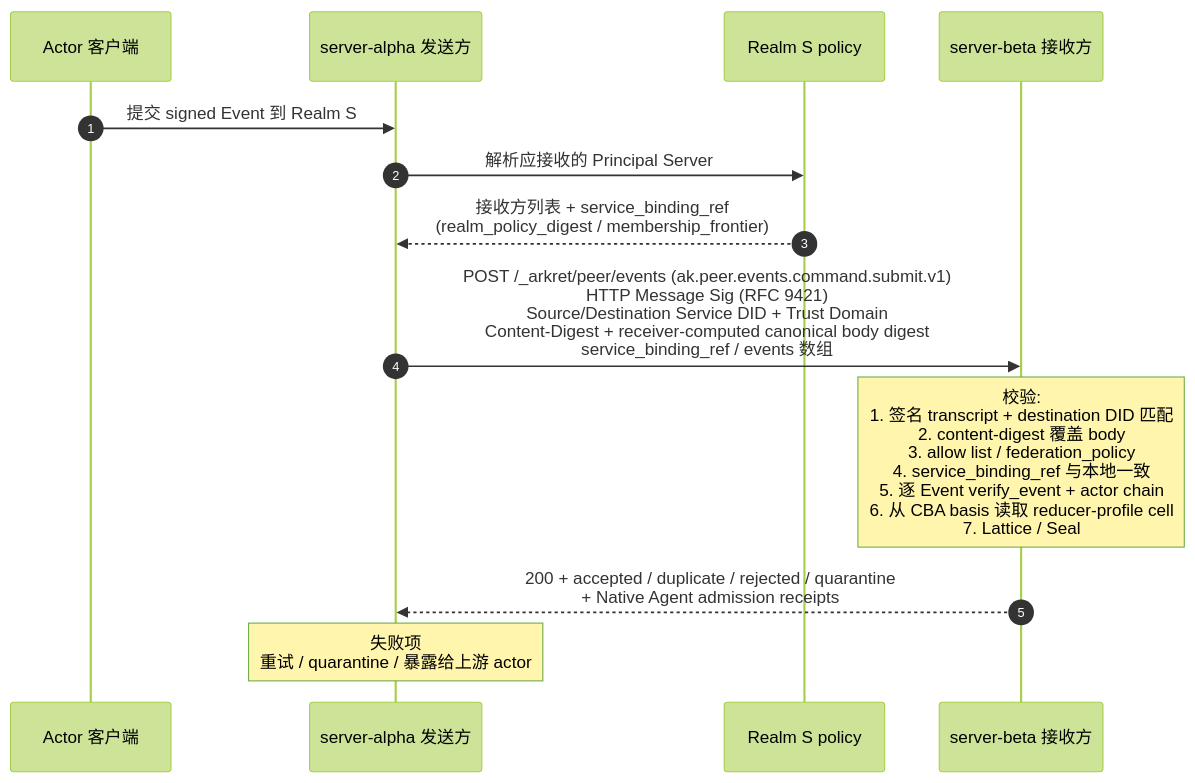
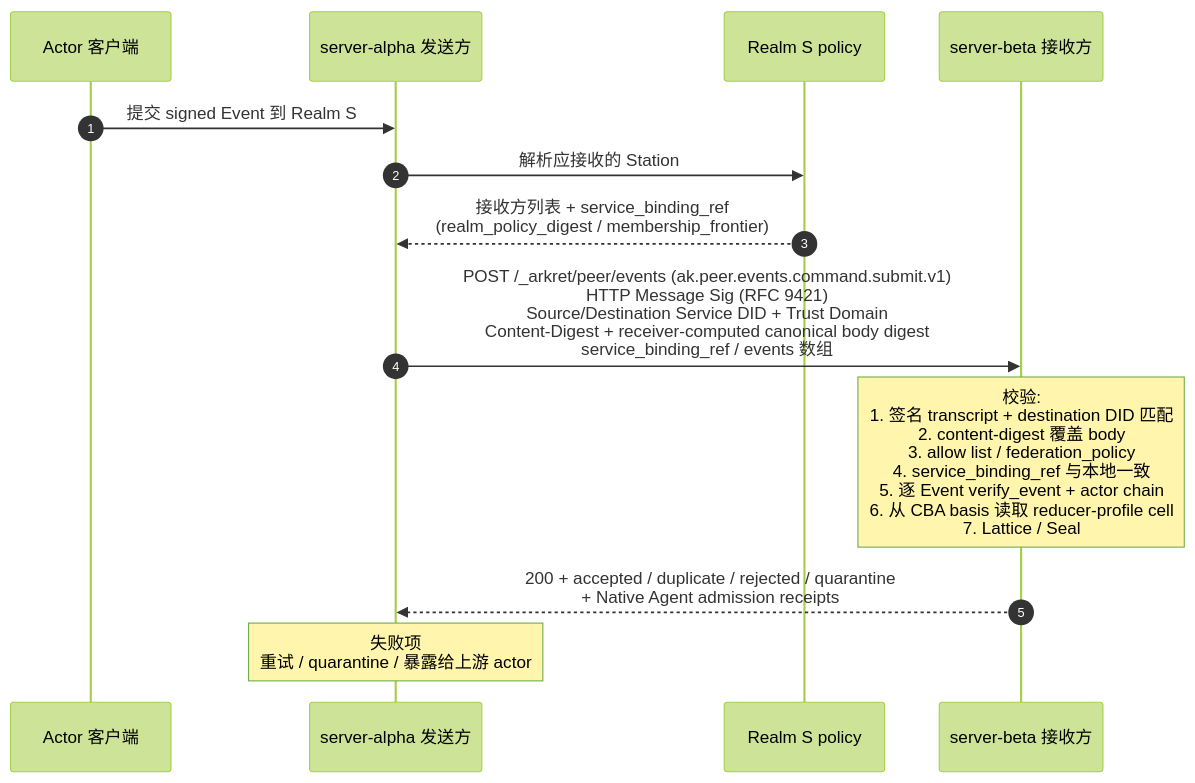
Before and after one commit to arkret-org/arkret-spec: the diagram in spec/v1/zh/sync/federation.md, drawn with Mermaid (forest theme). The commit also changed other lines of this file and 201 other files, not shown here.

Commit message:
Migrate Principal Server role to Station

````diff
--- a/spec/v1/zh/sync/federation.md
+++ b/spec/v1/zh/sync/federation.md
@@ -322,16 +322,16 @@
 ```mermaid
 sequenceDiagram
     autonumber
     participant Cli as Actor 客户端
     participant Alpha as server-alpha 发送方
     participant Pol as Realm S policy
     participant Beta as server-beta 接收方
 
     Cli->>Alpha: 提交 signed Event 到 Realm S
-    Alpha->>Pol: 解析应接收的 Principal Server
+    Alpha->>Pol: 解析应接收的 Station
     Pol-->>Alpha: 接收方列表 + service_binding_ref<br>(realm_policy_digest / membership_frontier)
     Alpha->>Beta: POST /_arkret/peer/events (ak.peer.events.command.submit.v1)<br>HTTP Message Sig (RFC 9421)<br>Source/Destination Service DID + Trust Domain<br>Content-Digest + receiver-computed canonical body digest<br>service_binding_ref / events 数组
     note over Beta: 校验:<br>1. 签名 transcript + destination DID 匹配<br>2. content-digest 覆盖 body<br>3. allow list / federation_policy<br>4. service_binding_ref 与本地一致<br>5. 逐 Event verify_event + actor chain<br>6. 从 CBA basis 读取 reducer-profile cell<br>7. Lattice / Seal
     Beta-->>Alpha: 200 + accepted / duplicate / rejected / quarantine<br>+ Native Agent admission receipts
     note over Alpha: 失败项<br>重试 / quarantine / 暴露给上游 actor
 ```
````
